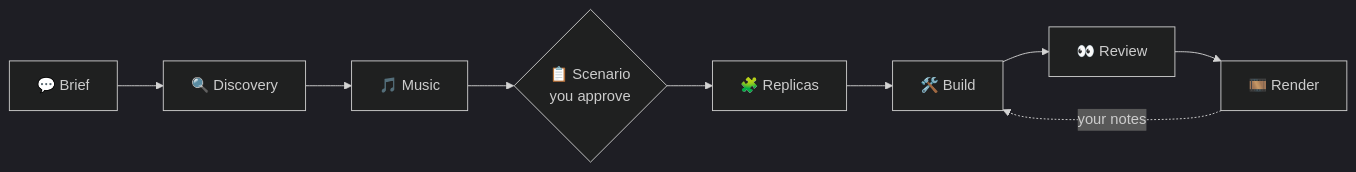
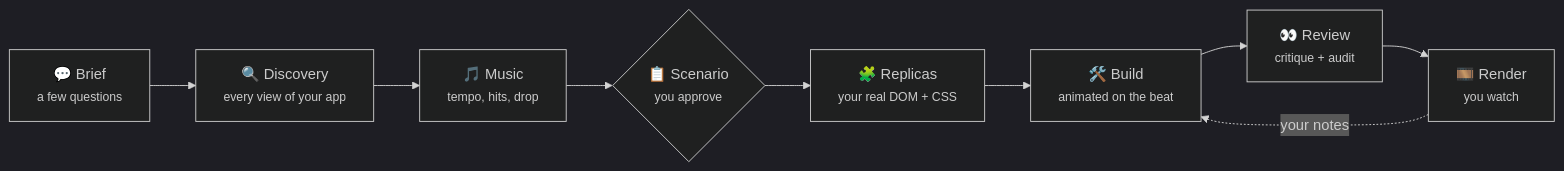
The diagram in README.md (patryk-penczek/ship-video), drawn with Mermaid (dark theme) before and after one commit. The commit also changed other lines of this file, not shown here.

````diff
--- a/README.md
+++ b/README.md
@@ -80,11 +82,11 @@
 ```mermaid
 flowchart LR
-    A["💬 Brief"] --> B["🔍 Discovery"]
-    B --> C["🎵 Music"]
-    C --> D{"📋 Scenario<br/>you approve"}
-    D --> E["🧩 Replicas"]
-    E --> F["🛠️ Build"]
-    F --> G["👀 Review"]
-    G --> H["🎞️ Render"]
+    A["💬 Brief<br/><small>a few questions</small>"] --> B["🔍 Discovery<br/><small>every view of your app</small>"]
+    B --> C["🎵 Music<br/><small>tempo, hits, drop</small>"]
+    C --> D{"📋 Scenario<br/><small>you approve</small>"}
+    D --> E["🧩 Replicas<br/><small>your real DOM + CSS</small>"]
+    E --> F["🛠️ Build<br/><small>animated on the beat</small>"]
+    F --> G["👀 Review<br/><small>critique + audit</small>"]
+    G --> H["🎞️ Render<br/><small>you watch</small>"]
     H -. "your notes" .-> F
 ```
````
